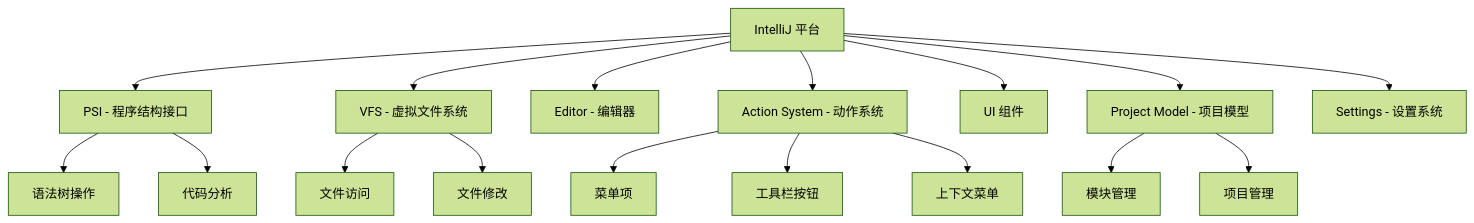
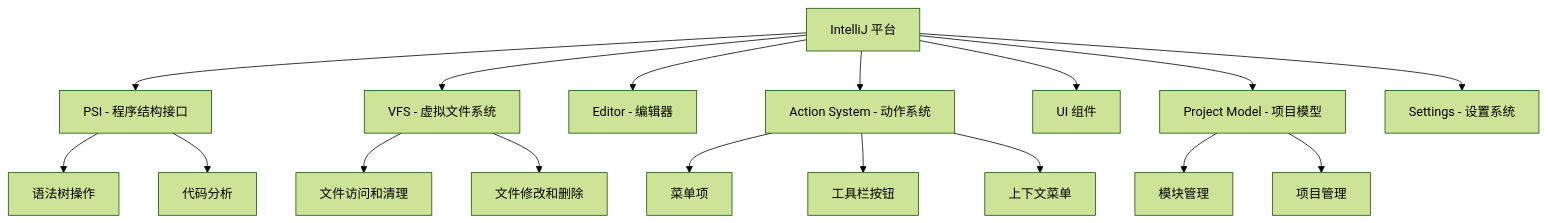
Before and after one commit to korykim/ruoyi-vue-plus-module-fast-generator: the first of 12 diagrams in note.md, drawn with Mermaid (forest theme). The commit also changed other lines of this file, not shown here.

````diff
--- a/note.md
+++ b/note.md
@@ -7,23 +7,23 @@
 ```mermaid
 graph TD
     A[IntelliJ 平台] --> B[PSI - 程序结构接口]
     A --> C[VFS - 虚拟文件系统]
     A --> D[Editor - 编辑器]
     A --> E[Action System - 动作系统]
     A --> F[UI 组件]
     A --> G[Project Model - 项目模型]
     A --> H[Settings - 设置系统]
     
     B --> B1[语法树操作]
     B --> B2[代码分析]
     
-    C --> C1[文件访问]
-    C --> C2[文件修改]
+    C --> C1[文件访问和清理]
+    C --> C2[文件修改和删除]
     
     E --> E1[菜单项]
     E --> E2[工具栏按钮]
     E --> E3[上下文菜单]
     
     G --> G1[模块管理]
     G --> G2[项目管理]
 ```
````
